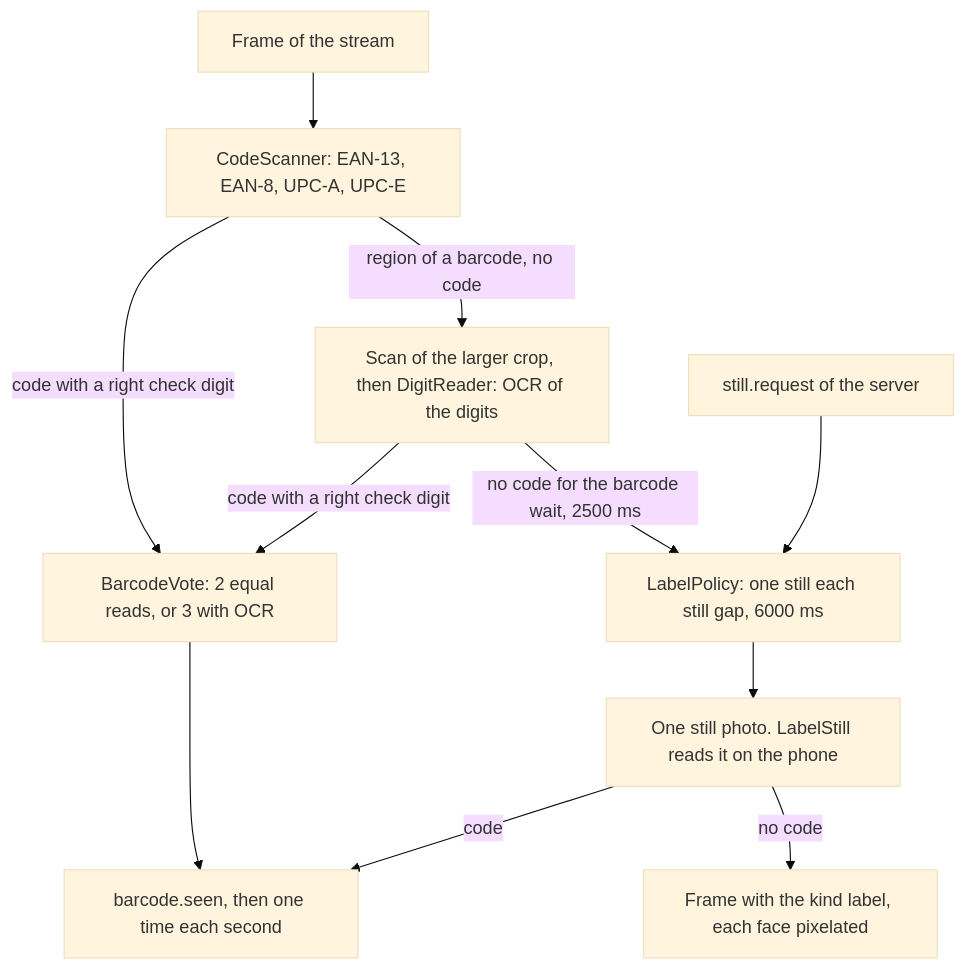
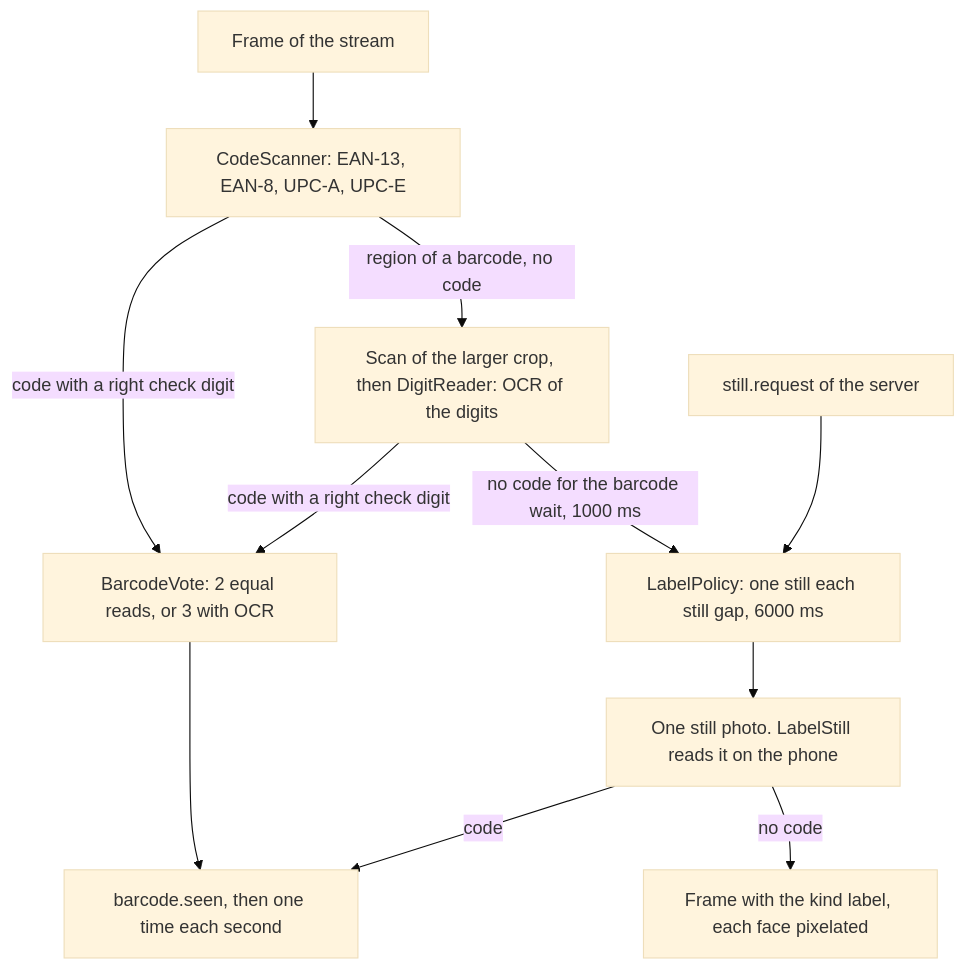
Before and after one commit to mrBymax/glance: the fourth of 11 diagrams in docs/architecture.md, drawn with Mermaid (base theme). The commit also changed 7 other files, not shown here.

First line of the commit message:
feat(android): wait 1000 ms before a label still

````diff
--- a/docs/architecture.md
+++ b/docs/architecture.md
@@ -229,13 +229,13 @@
 ```mermaid
 flowchart TD
   frame["Frame of the stream"] --> scan["CodeScanner: EAN-13, EAN-8, UPC-A, UPC-E"]
   scan -- "code with a right check digit" --> vote["BarcodeVote: 2 equal reads, or 3 with OCR"]
   scan -- "region of a barcode, no code" --> again["Scan of the larger crop, then DigitReader: OCR of the digits"]
   again -- "code with a right check digit" --> vote
   vote --> seen["barcode.seen, then one time each second"]
-  again -- "no code for the barcode wait, 2500 ms" --> policy["LabelPolicy: one still each still gap, 6000 ms"]
+  again -- "no code for the barcode wait, 1000 ms" --> policy["LabelPolicy: one still each still gap, 6000 ms"]
   request["still.request of the server"] --> policy
   policy --> still["One still photo. LabelStill reads it on the phone"]
   still -- "code" --> seen
   still -- "no code" --> label["Frame with the kind label, each face pixelated"]
 ```
````
